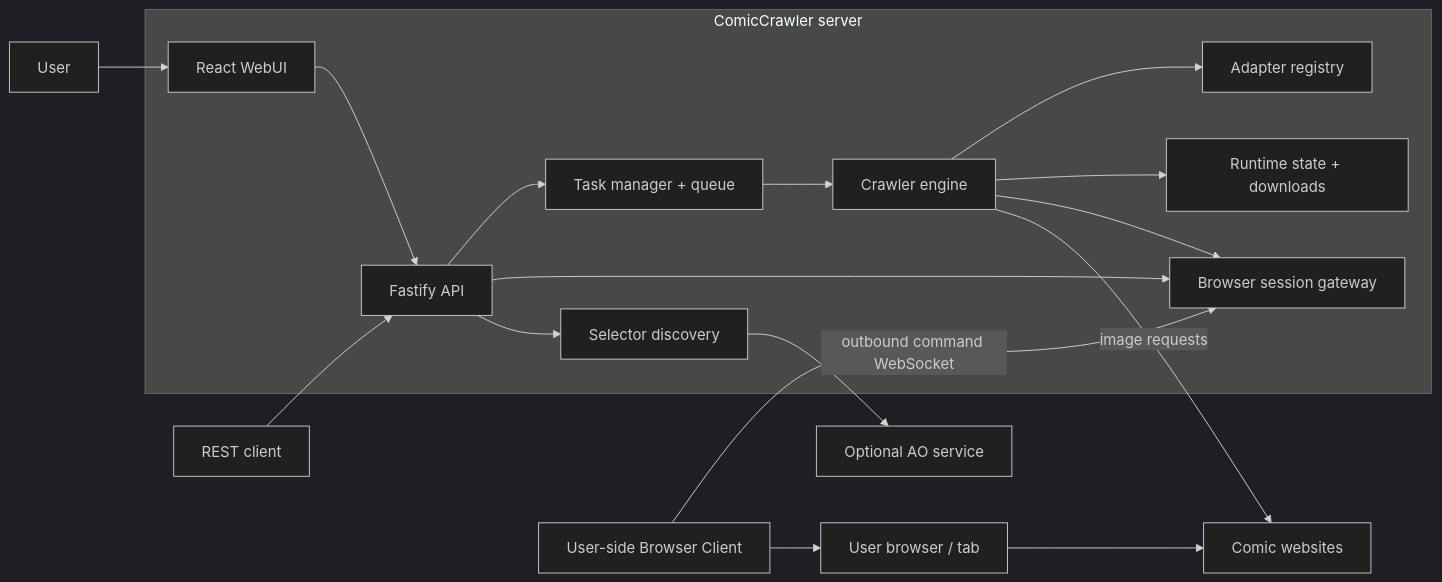
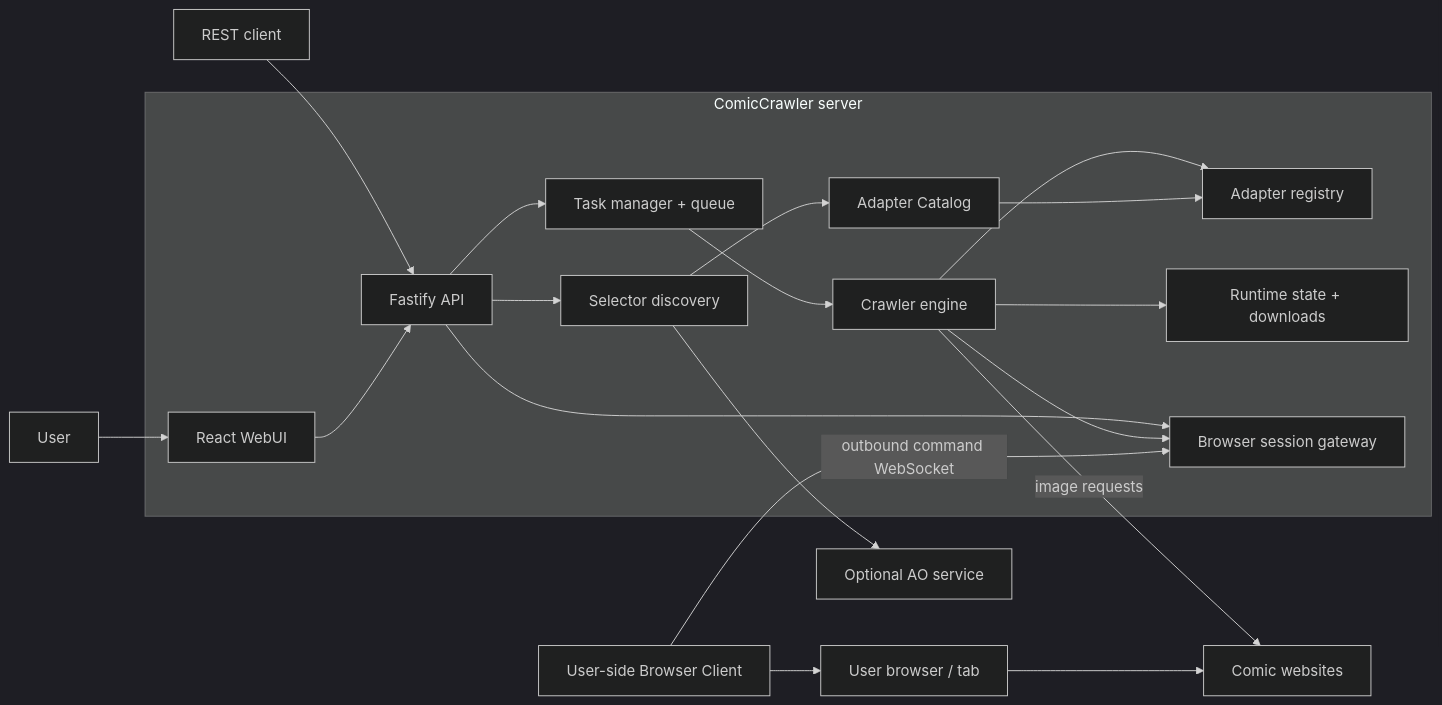
One commit to luberserker0v0/comic-crawler changed the first of 3 diagrams in docs/ARCHITECTURE.md. Above: the diagram before and after it, drawn with Mermaid (dark theme). The commit also changed other lines of this file and 45 other files, not shown here.

Commit message:
feat: add immutable adapter catalog and cleanup tooling

````diff
--- a/docs/ARCHITECTURE.md
+++ b/docs/ARCHITECTURE.md
@@ -25,22 +25,24 @@
 ```mermaid
 flowchart LR
   User["User"] --> UI["React WebUI"]
   Automation["REST client"] --> API["Fastify API"]
 
   subgraph ComicCrawler["ComicCrawler server"]
     UI --> API
     API --> Tasks["Task manager + queue"]
     Tasks --> Crawler["Crawler engine"]
     Crawler --> Adapters["Adapter registry"]
+    Selector --> Catalog["Adapter Catalog"]
+    Catalog --> Adapters
     Crawler --> Storage["Runtime state + downloads"]
     API --> BrowserGateway["Browser session gateway"]
     Crawler --> BrowserGateway
     API --> Selector["Selector discovery"]
   end
 
   Provider["User-side Browser Client"] -->|"outbound command WebSocket"| BrowserGateway
   Provider --> Browser["User browser / tab"]
   Browser --> Sites["Comic websites"]
   Crawler -->|"image requests"| Sites
   Selector --> AO["Optional AO service"]
 ```
````
